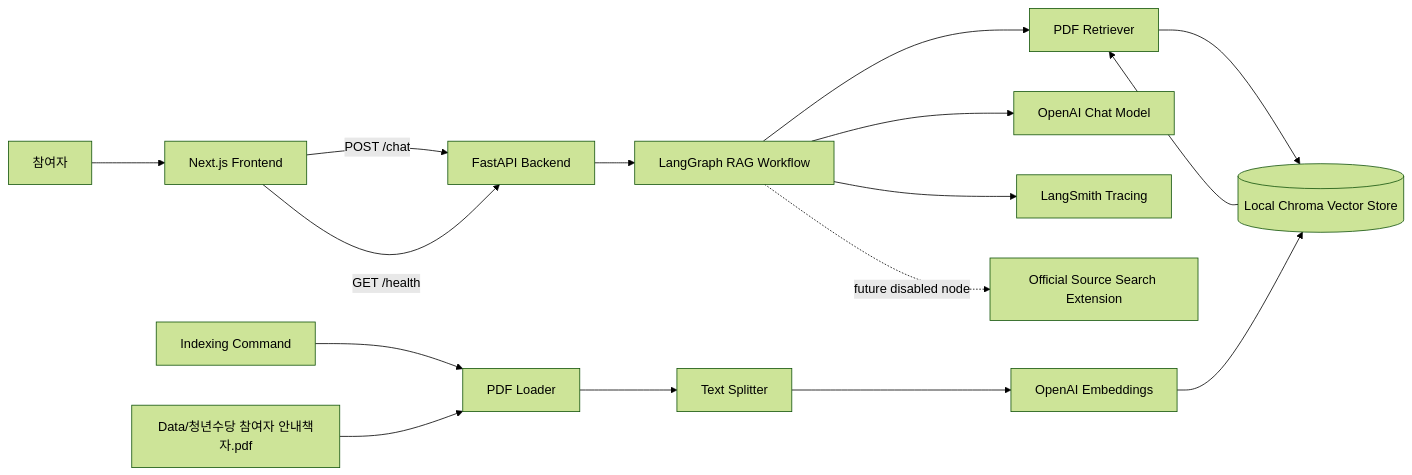
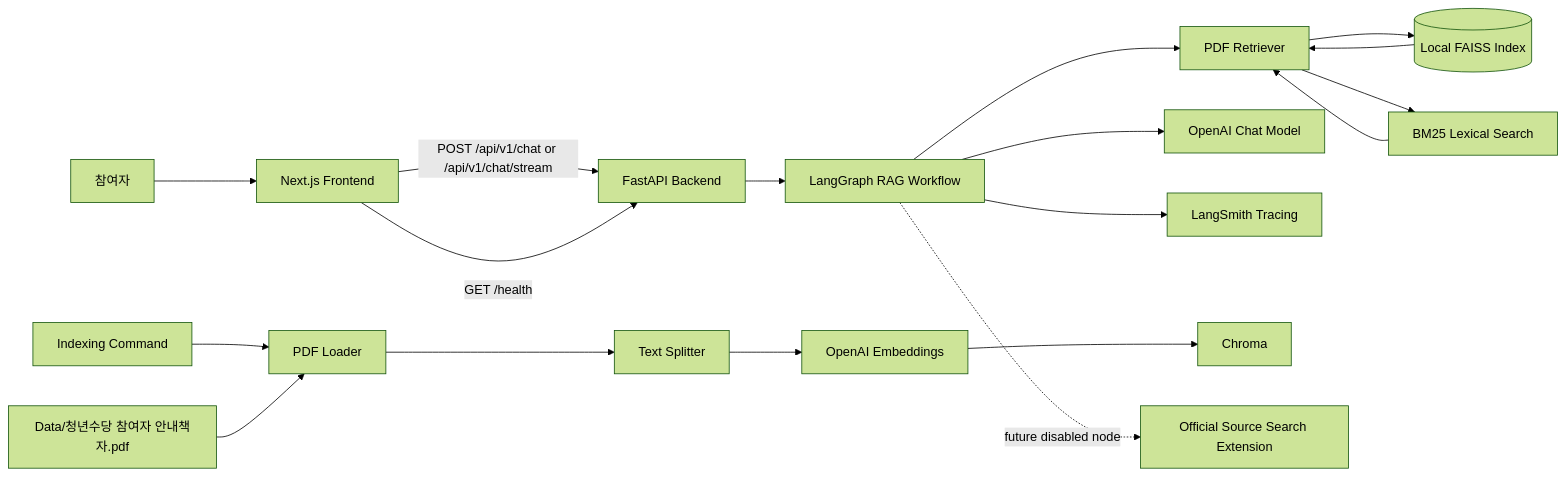
The first of 4 diagrams in docs/architecture.md (DataChuLee/Youth-Allowance), drawn with Mermaid (forest theme) before and after one commit. The commit also changed other lines of this file and 2 other files, not shown here.

Commit message:
docs: document API migration and runtime trust boundaries

````diff
--- a/docs/architecture.md
+++ b/docs/architecture.md
@@ -19,21 +19,23 @@
 ```mermaid
 flowchart LR
     User[참여자] --> Frontend[Next.js Frontend]
-    Frontend -->|POST /chat| Backend[FastAPI Backend]
+    Frontend -->|POST /api/v1/chat or /api/v1/chat/stream| Backend[FastAPI Backend]
     Frontend -->|GET /health| Backend
 
     Backend --> Graph[LangGraph RAG Workflow]
     Graph --> Retriever[PDF Retriever]
-    Retriever --> Chroma[(Local Chroma Vector Store)]
-    Chroma --> Retriever
+    Retriever --> FAISS[(Local FAISS Index)]
+    Retriever --> BM25[BM25 Lexical Search]
+    FAISS --> Retriever
+    BM25 --> Retriever
     Graph --> LLM[OpenAI Chat Model]
     Graph --> Trace[LangSmith Tracing]
 
     Indexing[Indexing Command] --> Loader[PDF Loader]
     Loader --> Splitter[Text Splitter]
     Splitter --> Embeddings[OpenAI Embeddings]
     Embeddings --> Chroma
     PDF[Data/청년수당 참여자 안내책자.pdf] --> Loader
 
     Graph -. future disabled node .-> OfficialSearch[Official Source Search Extension]
 ```
````
